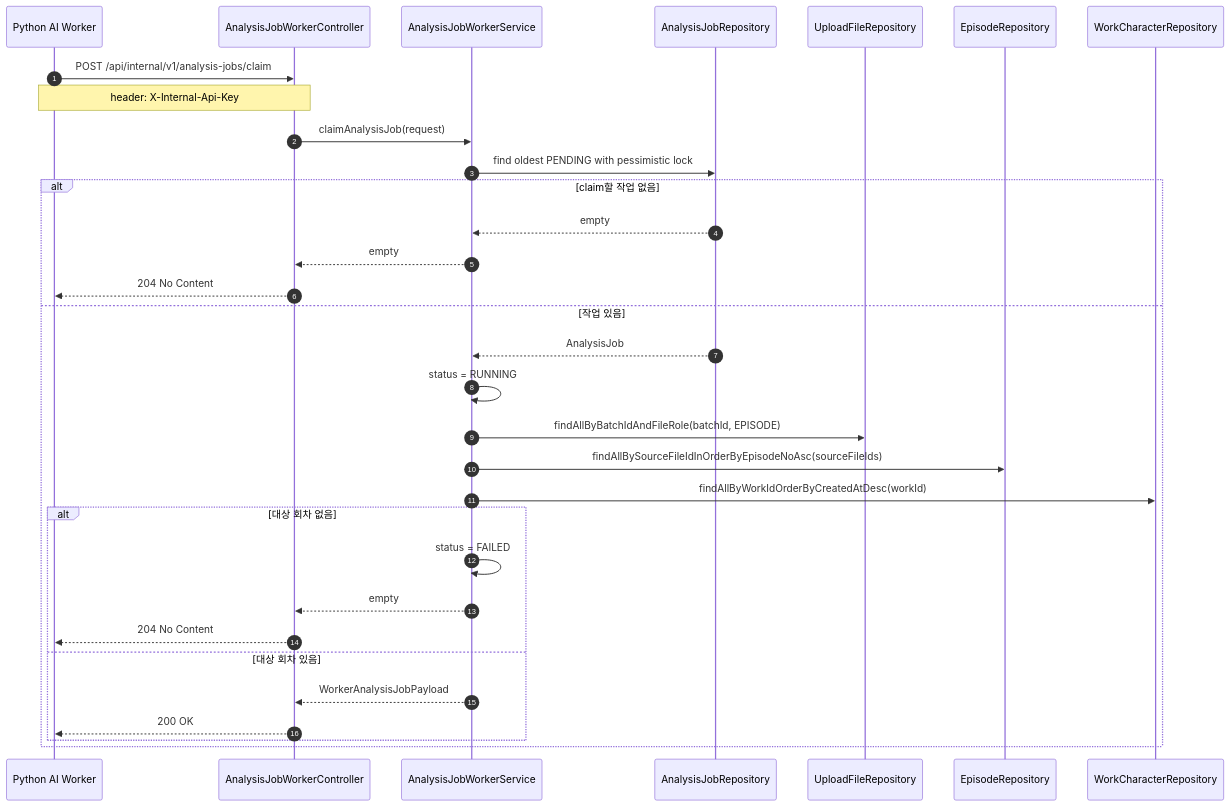
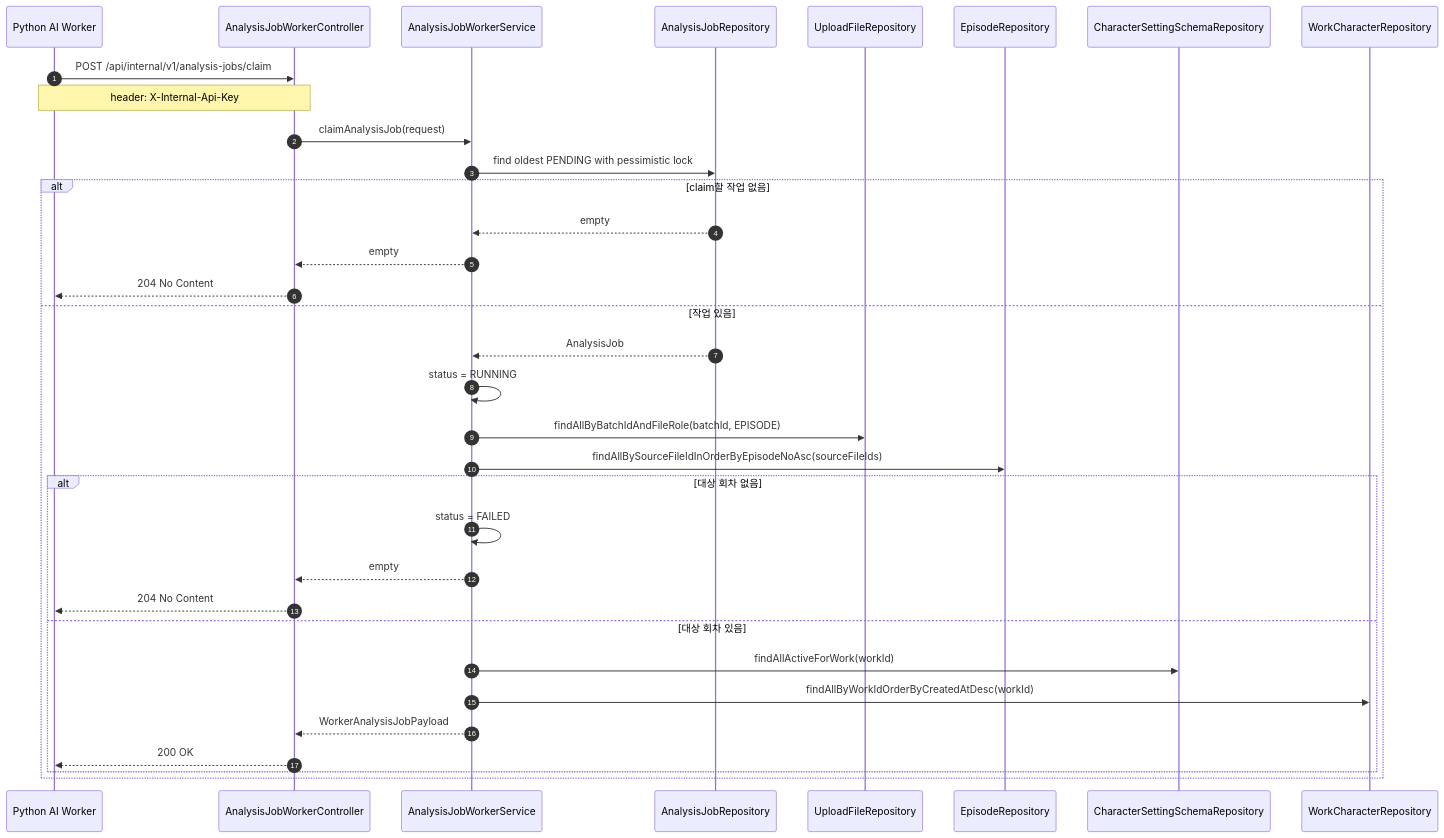
The eighth of 9 diagrams in docs/analysis-workflow.md (catchhole-soma/catchhole-backend-java), drawn with Mermaid before and after one commit. The commit also changed other lines of this file and 6 other files, not shown here.

First line of the commit message:
docs(character): Schema Registry 정책과 분석 흐름을 문서화

````diff
--- a/docs/analysis-workflow.md
+++ b/docs/analysis-workflow.md
@@ -216,35 +216,37 @@
 ```mermaid
 sequenceDiagram
     autonumber
     participant Worker as Python AI Worker
     participant Controller as AnalysisJobWorkerController
     participant Service as AnalysisJobWorkerService
     participant JobRepo as AnalysisJobRepository
     participant UploadRepo as UploadFileRepository
     participant EpisodeRepo as EpisodeRepository
+    participant SchemaRepo as CharacterSettingSchemaRepository
     participant CharacterRepo as WorkCharacterRepository
 
     Worker->>Controller: POST /api/internal/v1/analysis-jobs/claim
     Note over Worker,Controller: header: X-Internal-Api-Key
     Controller->>Service: claimAnalysisJob(request)
     Service->>JobRepo: find oldest PENDING with pessimistic lock
     alt claim할 작업 없음
         JobRepo-->>Service: empty
         Service-->>Controller: empty
         Controller-->>Worker: 204 No Content
     else 작업 있음
         JobRepo-->>Service: AnalysisJob
         Service->>Service: status = RUNNING
         Service->>UploadRepo: findAllByBatchIdAndFileRole(batchId, EPISODE)
         Service->>EpisodeRepo: findAllBySourceFileIdInOrderByEpisodeNoAsc(sourceFileIds)
-        Service->>CharacterRepo: findAllByWorkIdOrderByCreatedAtDesc(workId)
         alt 대상 회차 없음
             Service->>Service: status = FAILED
             Service-->>Controller: empty
             Controller-->>Worker: 204 No Content
         else 대상 회차 있음
+            Service->>SchemaRepo: findAllActiveForWork(workId)
+            Service->>CharacterRepo: findAllByWorkIdOrderByCreatedAtDesc(workId)
             Service-->>Controller: WorkerAnalysisJobPayload
             Controller-->>Worker: 200 OK
         end
     end
 ```
````
